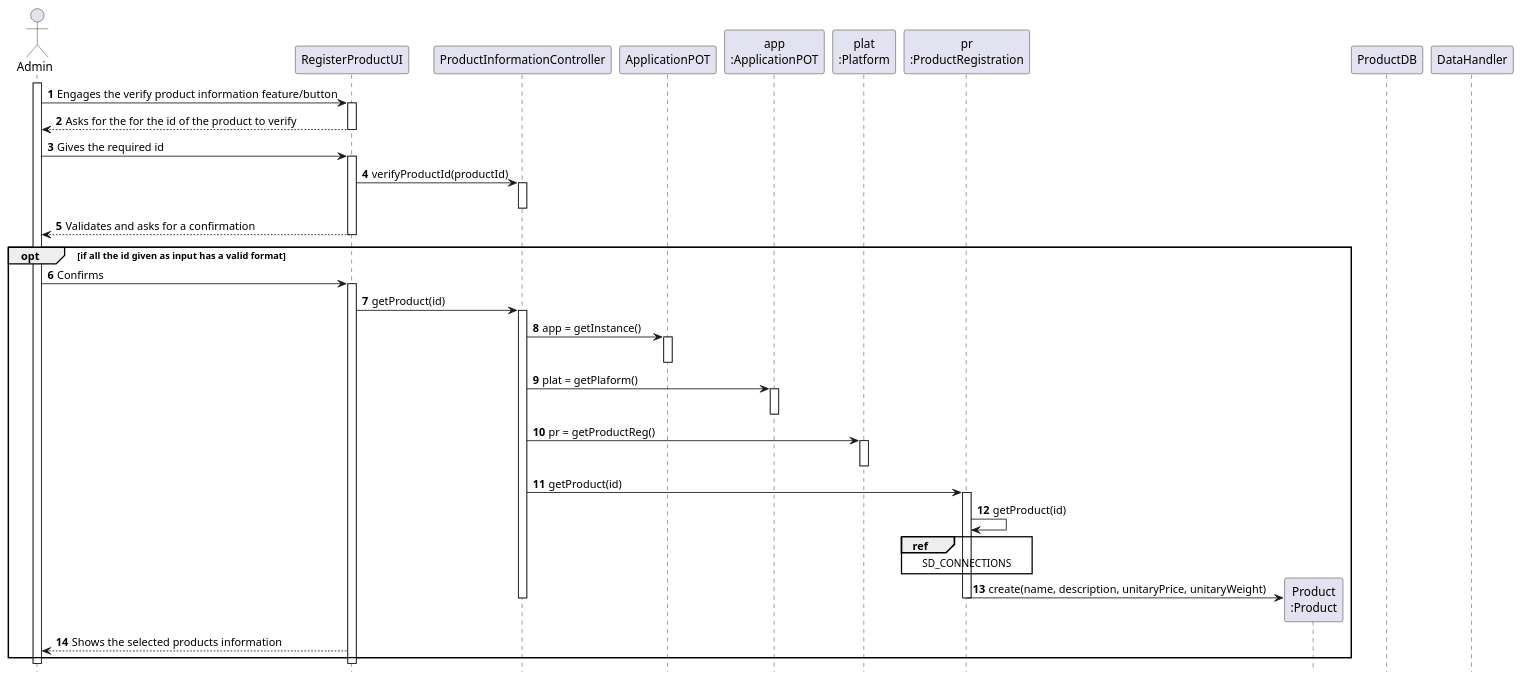
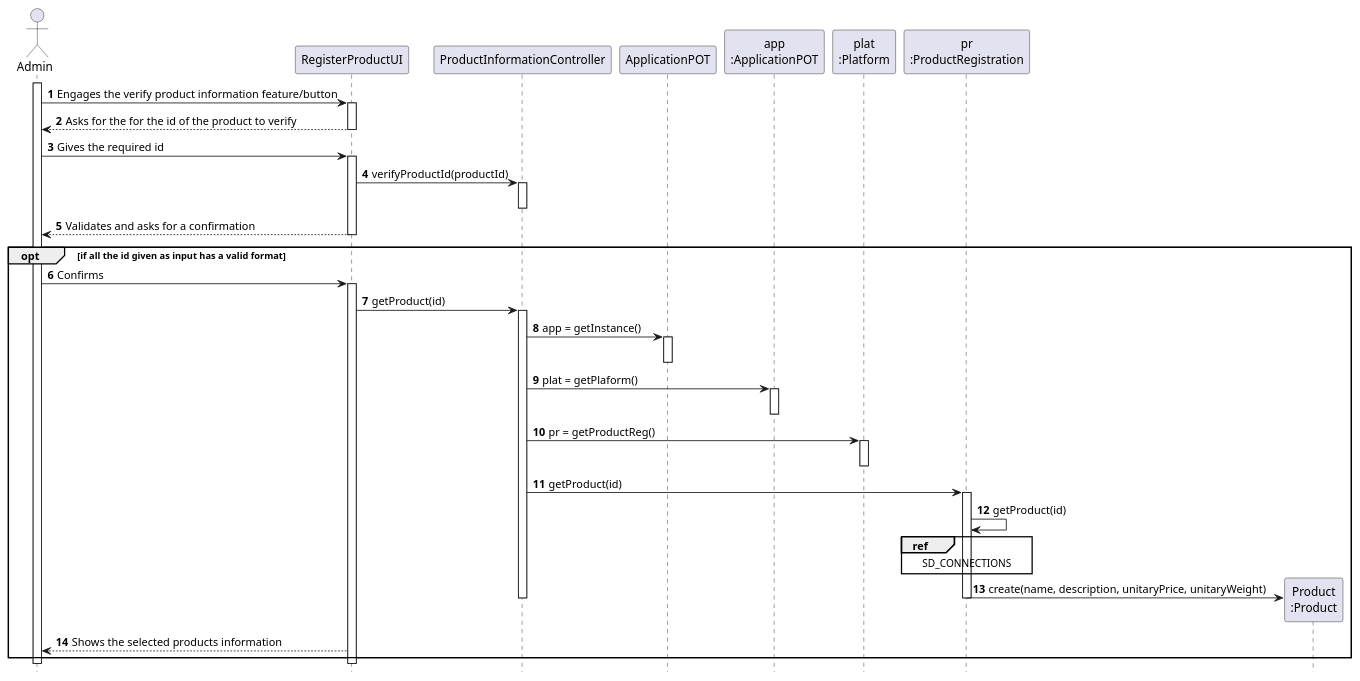
The diagram in docs/Iteration 1/Product Management/US73_ProductInformation/US73_SD.puml (tiagoavcosta25/LAPR3), drawn with PlantUML before and after one commit. The commit also changed 8 other files, not shown here.

```diff
--- a/docs/Iteration 1/Product Management/US73_ProductInformation/US73_SD.puml
+++ b/docs/Iteration 1/Product Management/US73_ProductInformation/US73_SD.puml
@@ -1,83 +1,81 @@
 @startuml
 autonumber
 hide footbox
 
 actor "Admin" as U
 
 participant "RegisterProductUI" as UI
 participant "ProductInformationController" as CTRL
 participant "ApplicationPOT" as _APP
 participant "app\n:ApplicationPOT" as APP
 participant "plat\n:Platform" as PLAT
 participant "pr\n:ProductRegistration" as PREG
 
 participant "Product\n:Product" as PROD
 
-participant "ProductDB" as DB
-participant "DataHandler" as DH
 
 activate U
 
 U -> UI : Engages the verify product information feature/button
 activate UI
 
 UI --> U : Asks for the for the id of the product to verify
 
 
 deactivate UI
 U -> UI : Gives the required id
 activate UI
 
 
 UI -> CTRL : verifyProductId(productId)
 activate CTRL
 deactivate CTRL
 
 UI --> U : Validates and asks for a confirmation
 deactivate UI
 
 opt if all the id given as input has a valid format
 
 
 U -> UI : Confirms
 activate UI
 UI -> CTRL : getProduct(id)
 activate CTRL
 CTRL -> _APP: app = getInstance()
 activate _APP
 deactivate _APP
 
 CTRL -> APP: plat = getPlaform()
 activate APP
 deactivate APP
 CTRL -> PLAT : pr = getProductReg()
 activate PLAT
 deactivate PLAT
 
 CTRL -> PREG : getProduct(id)
 activate PREG
 
 
 PREG -> PREG : getProduct(id)
 ref over PREG
 SD_CONNECTIONS
 end ref
 
 
 
 
 PREG -> PROD** : create(name, description, unitaryPrice, unitaryWeight)
 
 
 deactivate PREG
 
 
 
 deactivate CTRL
 UI --> U : Shows the selected products information
 end opt
 deactivate UI
 deactivate U
 
 
 @enduml
```
